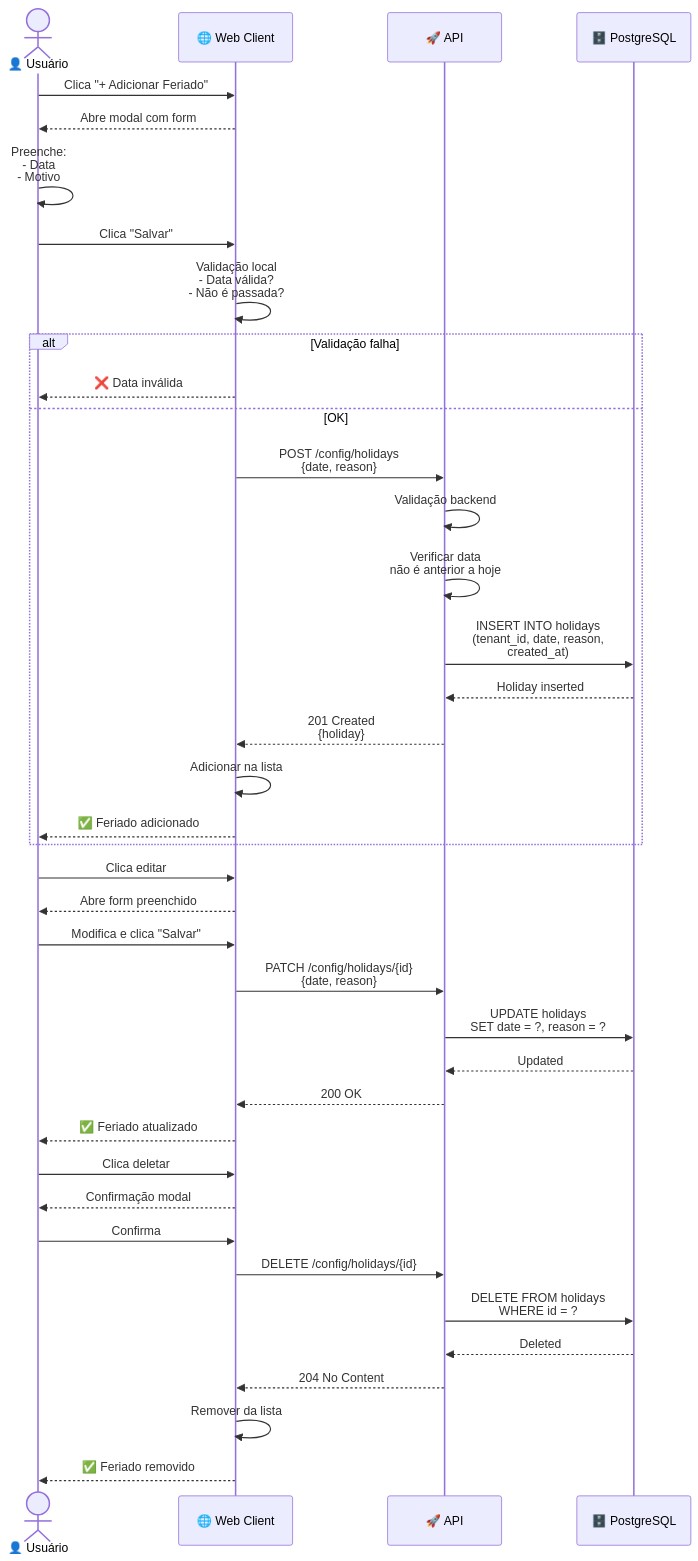
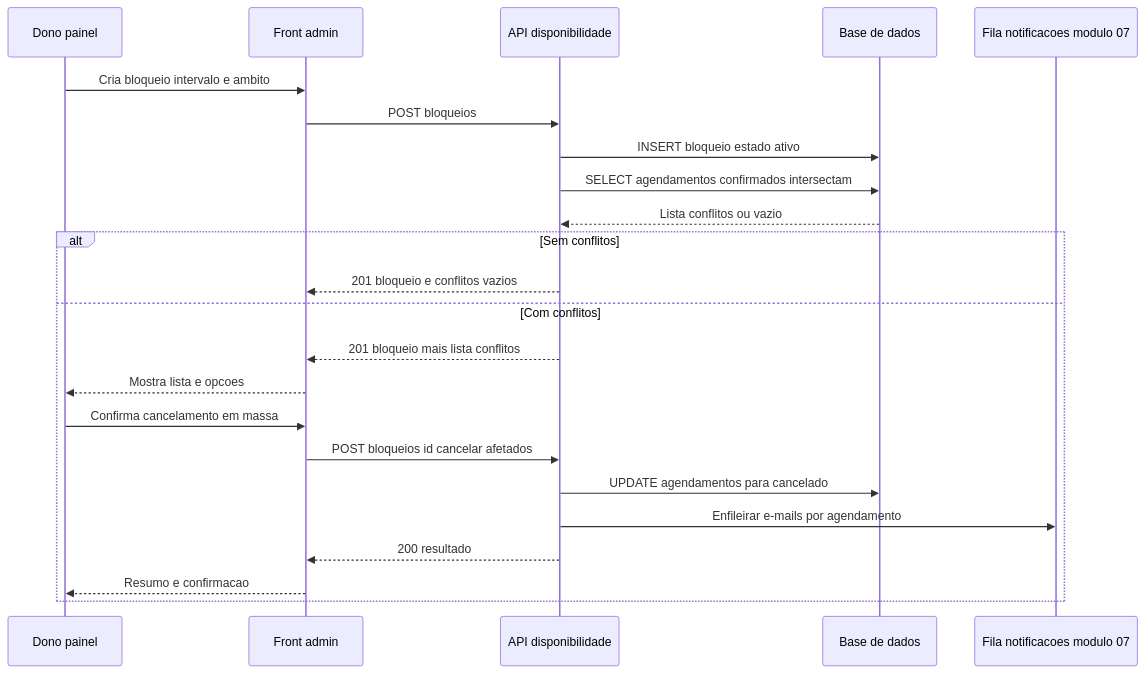
The second of 2 diagrams in docs/flow/04-availability/diagrams/sequence/flow.md (rspindola/agenda-xpto), drawn with Mermaid before and after one commit. The commit also changed other lines of this file and 6 other files, not shown here.

````diff
--- a/docs/flow/04-availability/diagrams/sequence/flow.md
+++ b/docs/flow/04-availability/diagrams/sequence/flow.md
@@ -88,52 +49,28 @@
 ```mermaid
 sequenceDiagram
-    actor User as 👤 Usuário
-    participant Web as 🌐 Web Client
-    participant API as 🚀 API
-    participant DB as 🗄️ PostgreSQL
-    
-    User->>Web: Clica "+ Adicionar Feriado"
-    Web-->>User: Abre modal com form
-    
-    User->>User: Preenche:<br/>- Data<br/>- Motivo
-    User->>Web: Clica "Salvar"
-    
-    Web->>Web: Validação local<br/>- Data válida?<br/>- Não é passada?
-    
-    alt Validação falha
-        Web-->>User: ❌ Data inválida
-    else OK
-        Web->>API: POST /config/holidays<br/>{date, reason}
-        
-        API->>API: Validação backend
-        API->>API: Verificar data<br/>não é anterior a hoje
-        
-        API->>DB: INSERT INTO holidays<br/>(tenant_id, date, reason,<br/>created_at)
-        
-        DB-->>API: Holiday inserted
-        API-->>Web: 201 Created<br/>{holiday}
-        
-        Web->>Web: Adicionar na lista
-        Web-->>User: ✅ Feriado adicionado
+    participant Dono as Dono painel
+    participant Web as Front admin
+    participant API as API disponibilidade
+    participant DB as Base de dados
+    participant Notif as Fila notificacoes modulo 07
+
+    Dono->>Web: Cria bloqueio intervalo e ambito
+    Web->>API: POST bloqueios
+    API->>DB: INSERT bloqueio estado ativo
+    API->>DB: SELECT agendamentos confirmados intersectam
+    DB-->>API: Lista conflitos ou vazio
+
+    alt Sem conflitos
+        API-->>Web: 201 bloqueio e conflitos vazios
+    else Com conflitos
+        API-->>Web: 201 bloqueio mais lista conflitos
+        Web-->>Dono: Mostra lista e opcoes
+
+        Dono->>Web: Confirma cancelamento em massa
+        Web->>API: POST bloqueios id cancelar afetados
+        API->>DB: UPDATE agendamentos para cancelado
+        API->>Notif: Enfileirar e-mails por agendamento
+        API-->>Web: 200 resultado
+        Web-->>Dono: Resumo e confirmacao
     end
-    
-    User->>Web: Clica editar
-    Web-->>User: Abre form preenchido
-    
-    User->>Web: Modifica e clica "Salvar"
-    Web->>API: PATCH /config/holidays/{id}<br/>{date, reason}
-    API->>DB: UPDATE holidays<br/>SET date = ?, reason = ?
-    DB-->>API: Updated
-    API-->>Web: 200 OK
-    Web-->>User: ✅ Feriado atualizado
-    
-    User->>Web: Clica deletar
-    Web-->>User: Confirmação modal
-    User->>Web: Confirma
-    Web->>API: DELETE /config/holidays/{id}
-    API->>DB: DELETE FROM holidays<br/>WHERE id = ?
-    DB-->>API: Deleted
-    API-->>Web: 204 No Content
-    Web->>Web: Remover da lista
-    Web-->>User: ✅ Feriado removido
 ```
````
